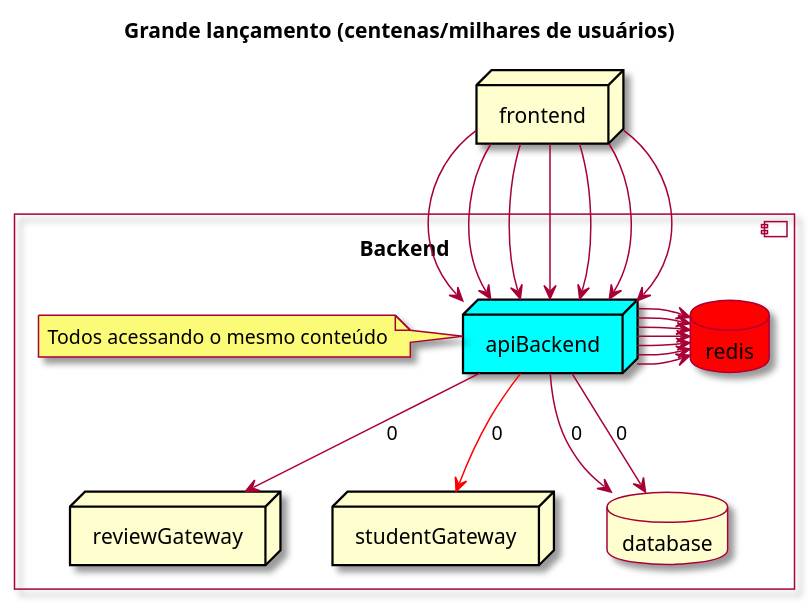
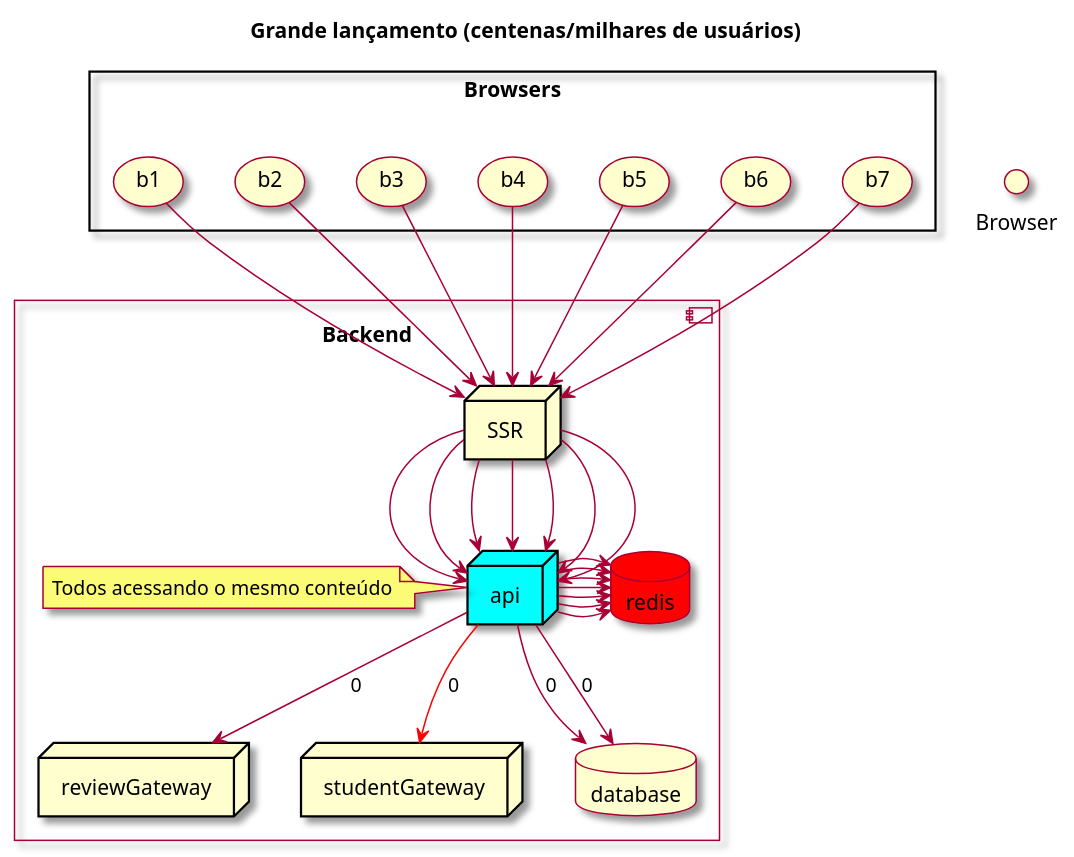
Before and after one commit to charlesardsilva/lecture-cache-content: the diagram in docs/diagrams/request-lancamento.plantuml, drawn with PlantUML. The commit also changed 11 other files, not shown here.

```diff
--- a/docs/diagrams/request-lancamento.plantuml
+++ b/docs/diagrams/request-lancamento.plantuml
@@ -1,47 +1,60 @@
 @startuml
 
 skin rose
 
 Title: Grande lançamento (centenas/milhares de usuários)
 
-node frontend
+interface "Browser" as browser
 
 component "Backend\n" {
 
-  node "apiBackend" as backend #aqua
+  node SSR
+  node "api" as backend #aqua
   node reviewGateway as reviewGateway
   node studentGateway as studentGateway
   database database
   database redis as redis  #red
+
+    SSR --> backend
+    SSR --> backend
+    SSR --> backend
+    SSR --> backend
+    SSR --> backend
+    SSR --> backend
+    SSR --> backend
 
   backend -> redis
   backend -> redis
   backend -> redis
   backend -> redis
   backend -> redis
   backend -> redis
   backend -> redis
 
   backend --> database: 0
   backend --> database: 0
   backend --> reviewGateway: 0
   backend --> studentGateway #red: 0
 
   note left of backend: Todos acessando o mesmo conteúdo
 }
 
-frontend --> backend
-frontend --> backend
-frontend --> backend
-frontend --> backend
-frontend --> backend
-frontend --> backend
-frontend --> backend
+rectangle "Browsers\n" {
+    (b1) --> SSR
+    (b2) --> SSR
+    (b3) --> SSR
+    (b4) --> SSR
+    (b5) --> SSR
+    (b6) --> SSR
+    (b7) --> SSR
+}
+
+
 
 
 
 
 
 
 
 @enduml
```
